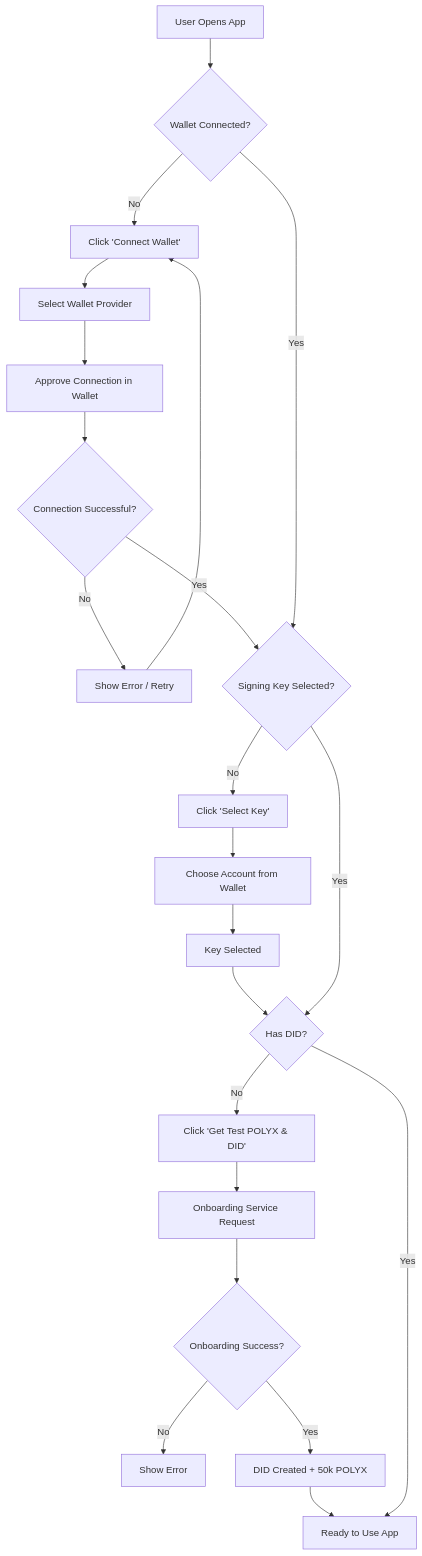
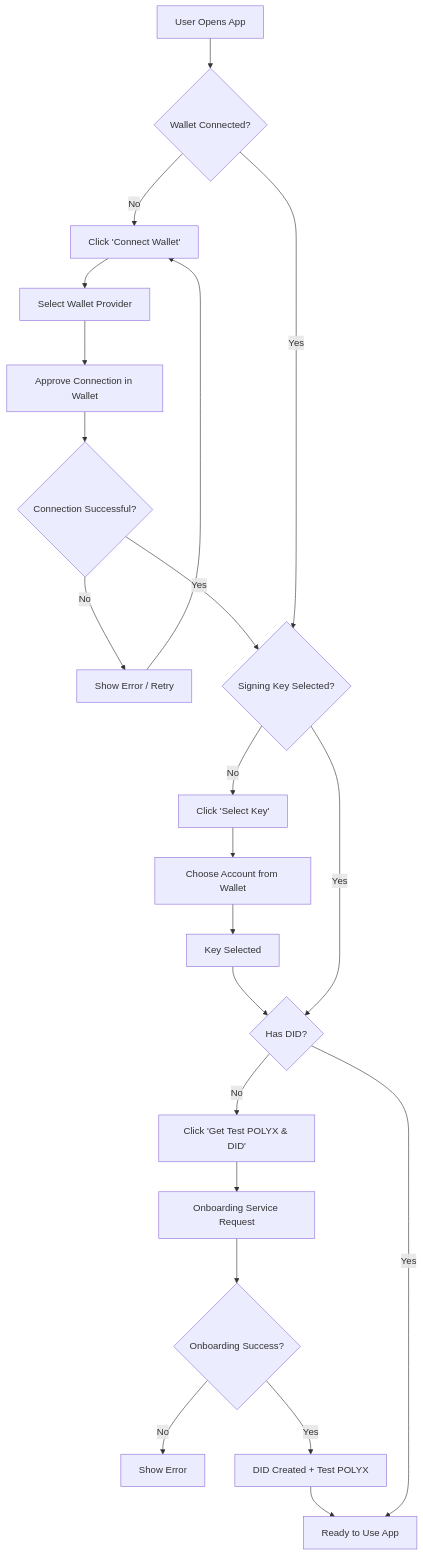
One commit to PolymeshAssociation/confidential-assets-ui changed the first of 27 diagrams in docs/WORKFLOWS.md. Above: the diagram before and after it, drawn with Mermaid. The commit also changed 1 other file, not shown here.

Commit message:
feat: update onboarding flow to reflect test POLYX instead of fixed amount

````diff
--- a/docs/WORKFLOWS.md
+++ b/docs/WORKFLOWS.md
@@ -18,26 +18,26 @@
 ```mermaid
 flowchart TD
     A[User Opens App] --> B{Wallet Connected?}
     B -->|No| C[Click 'Connect Wallet']
     C --> D[Select Wallet Provider]
     D --> E[Approve Connection in Wallet]
     E --> F{Connection Successful?}
     F -->|No| G[Show Error / Retry]
     G --> C
     F -->|Yes| H{Signing Key Selected?}
     B -->|Yes| H
 
     H -->|No| I[Click 'Select Key']
     I --> J[Choose Account from Wallet]
     J --> K[Key Selected]
     K --> L{Has DID?}
     H -->|Yes| L
 
     L -->|No| M[Click 'Get Test POLYX & DID']
     M --> N[Onboarding Service Request]
     N --> O{Onboarding Success?}
     O -->|No| P[Show Error]
-    O -->|Yes| Q[DID Created + 50k POLYX]
+    O -->|Yes| Q[DID Created + Test POLYX]
     Q --> R[Ready to Use App]
     L -->|Yes| R
 ```
````
